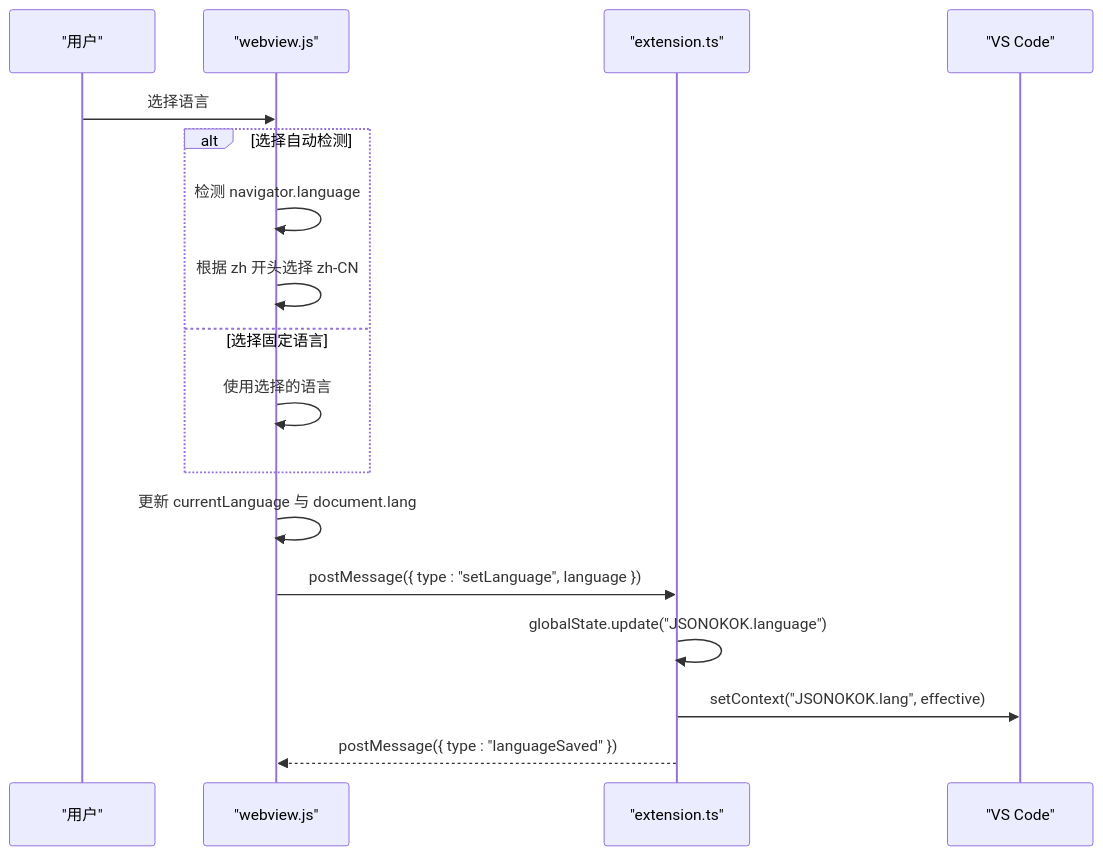
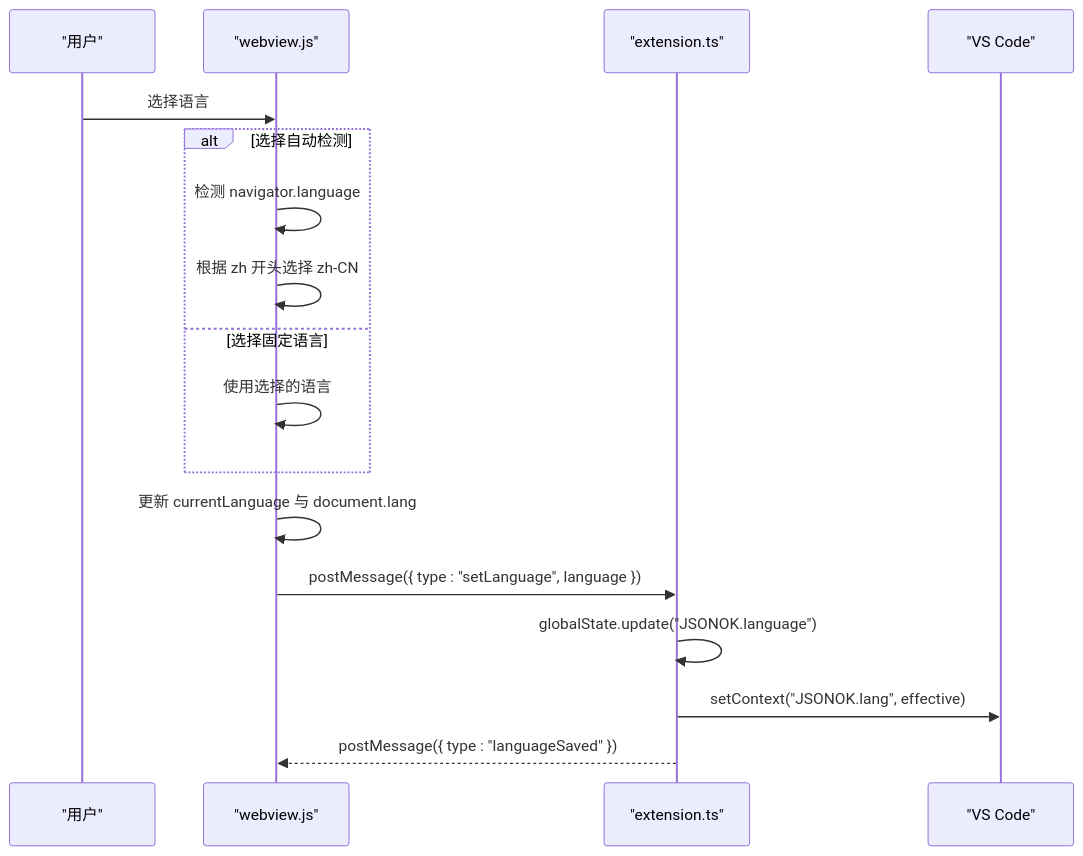
One commit to meiok1/wysjson changed the fifth of 7 diagrams in .qoder/repowiki/zh/content/Webview 界面系统/国际化支持.md. Above: the diagram before and after it, drawn with Mermaid. The commit also changed other lines of this file and 45 other files, not shown here.

````diff
--- a/.qoder/repowiki/zh/content/Webview 界面系统/国际化支持.md
+++ b/.qoder/repowiki/zh/content/Webview 界面系统/国际化支持.md
@@ -197,19 +197,19 @@
 ```mermaid
 sequenceDiagram
 participant User as "用户"
 participant WV as "webview.js"
 participant Ext as "extension.ts"
 participant VS as "VS Code"
 User->>WV : 选择语言
 alt 选择自动检测
 WV->>WV : 检测 navigator.language
 WV->>WV : 根据 zh 开头选择 zh-CN
 else 选择固定语言
 WV->>WV : 使用选择的语言
 end
 WV->>WV : 更新 currentLanguage 与 document.lang
 WV->>Ext : postMessage({ type : "setLanguage", language })
-Ext->>Ext : globalState.update("JSONOKOK.language")
-Ext->>VS : setContext("JSONOKOK.lang", effective)
+Ext->>Ext : globalState.update("JSONOK.language")
+Ext->>VS : setContext("JSONOK.lang", effective)
 Ext-->>WV : postMessage({ type : "languageSaved" })
 ```
````
